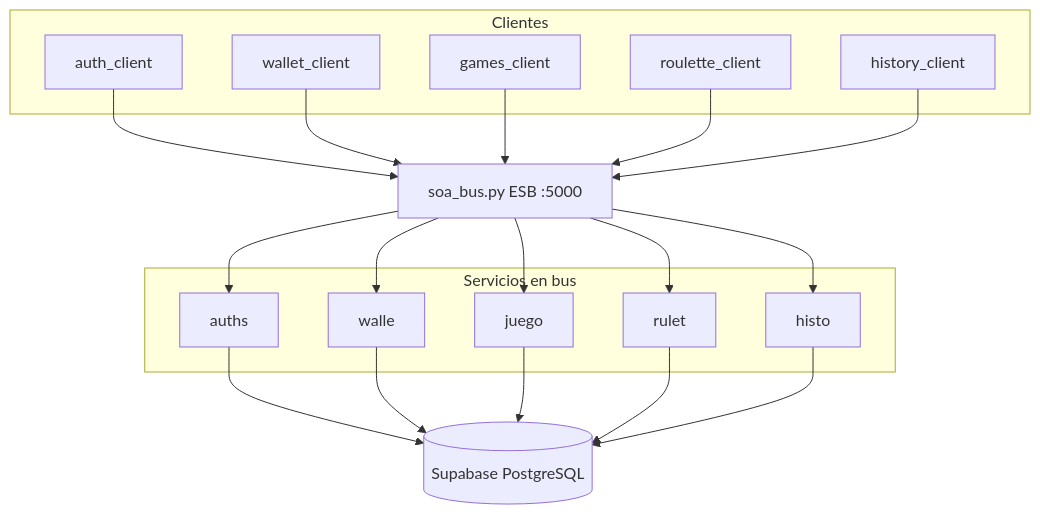
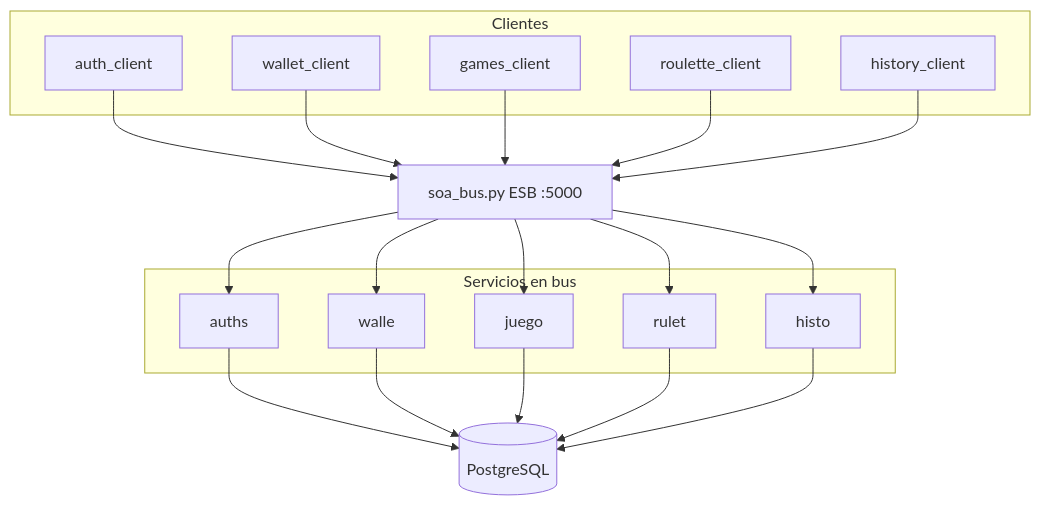
The diagram in README.md (xxvnte/monticello-virtual), drawn with Mermaid before and after one commit. The commit also changed other lines of this file and 4 other files, not shown here.

````diff
--- a/README.md
+++ b/README.md
@@ -47,22 +47,22 @@
 ```mermaid
 flowchart TB
     subgraph clientes [Clientes]
         CA[auth_client]
         CW[wallet_client]
         CJ[games_client]
         CR[roulette_client]
         CH[history_client]
     end
     B[soa_bus.py ESB :5000]
     subgraph servicios [Servicios en bus]
         SA[auths]
         SW[walle]
         SJ[juego]
         SR[rulet]
         SH[histo]
     end
-    PG[(Supabase PostgreSQL)]
+    PG[(PostgreSQL)]
     CA & CW & CJ & CR & CH --> B
     B --> SA & SW & SJ & SR & SH
     SA & SW & SJ & SR & SH --> PG
 ```
````
